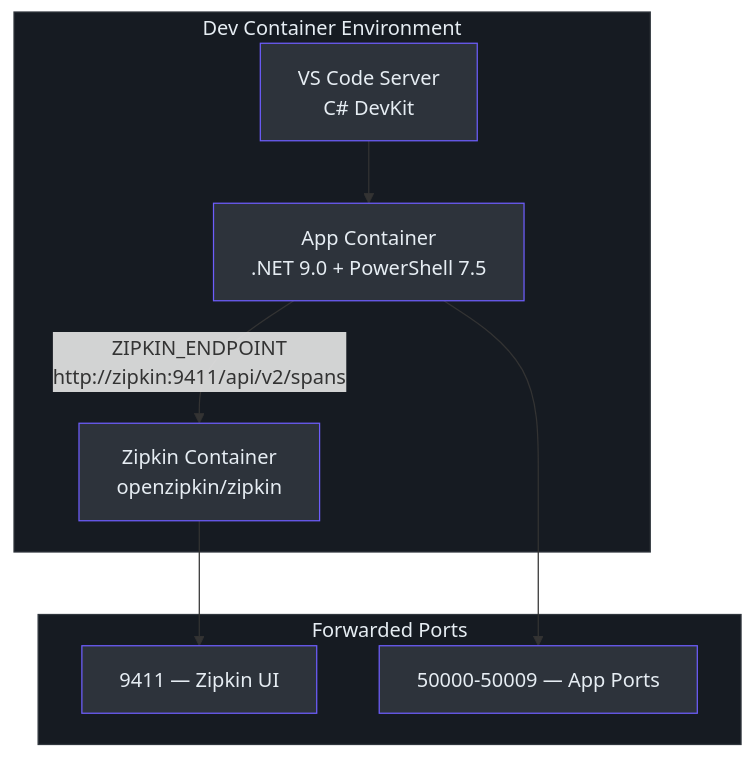
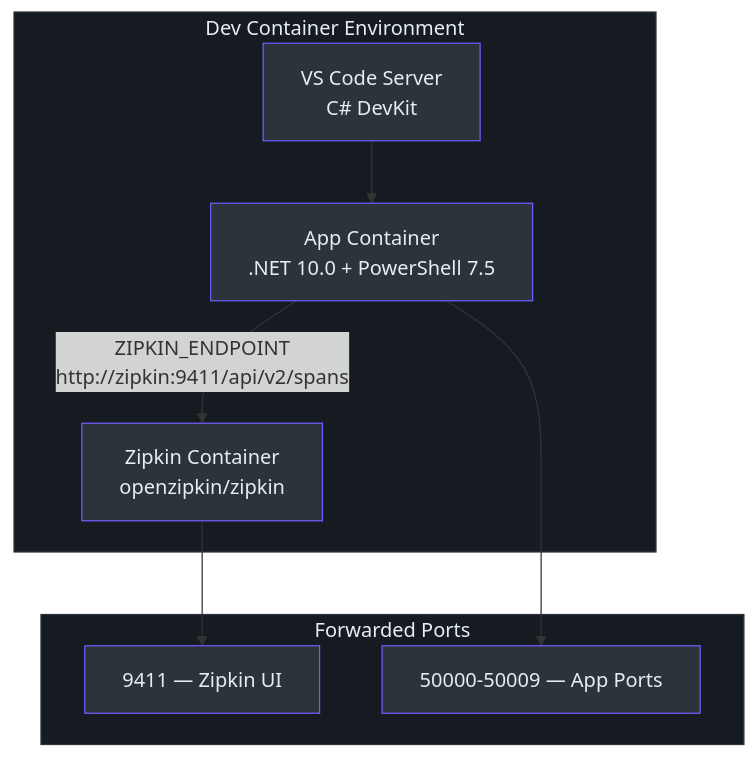
One commit to Azure/azclips changed the first of 2 diagrams in wiki/01-getting-started/environment-setup.md. Above: the diagram before and after it, drawn with Mermaid. The commit also changed other lines of this file and 136 other files, not shown here.

````diff
--- a/wiki/01-getting-started/environment-setup.md
+++ b/wiki/01-getting-started/environment-setup.md
@@ -28,26 +28,26 @@
 ```mermaid
 graph TB
     subgraph DevEnv["Dev Container Environment"]
         style DevEnv fill:#161b22,stroke:#30363d,color:#e6edf3
-        App["App Container<br>.NET 9.0 + PowerShell 7.5"]
+        App["App Container<br>.NET 10.0 + PowerShell 7.5"]
         Zipkin["Zipkin Container<br>openzipkin/zipkin"]
         VSCode["VS Code Server<br>C# DevKit"]
     end
 
     subgraph Ports["Forwarded Ports"]
         style Ports fill:#161b22,stroke:#30363d,color:#e6edf3
         P9411["9411 — Zipkin UI"]
         P5000["50000-50009 — App Ports"]
     end
 
     App -->|"ZIPKIN_ENDPOINT<br>http://zipkin:9411/api/v2/spans"| Zipkin
     Zipkin --> P9411
     App --> P5000
     VSCode --> App
 
     style App fill:#2d333b,stroke:#6d5dfc,color:#e6edf3
     style Zipkin fill:#2d333b,stroke:#6d5dfc,color:#e6edf3
     style VSCode fill:#2d333b,stroke:#6d5dfc,color:#e6edf3
     style P9411 fill:#2d333b,stroke:#6d5dfc,color:#e6edf3
     style P5000 fill:#2d333b,stroke:#6d5dfc,color:#e6edf3
 ```
````
